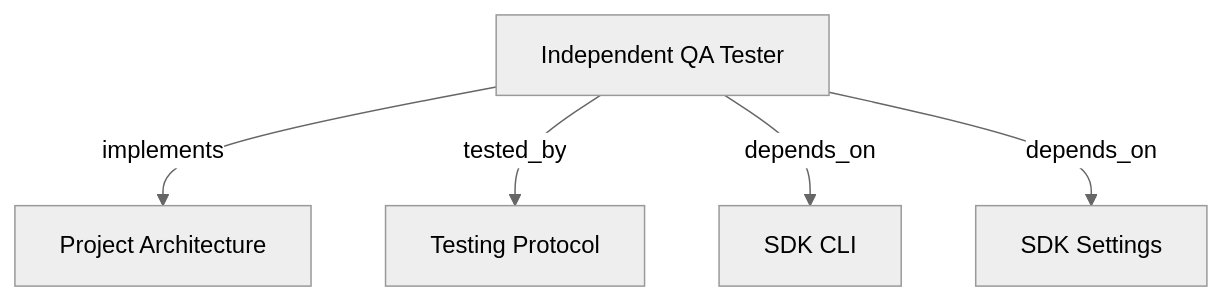
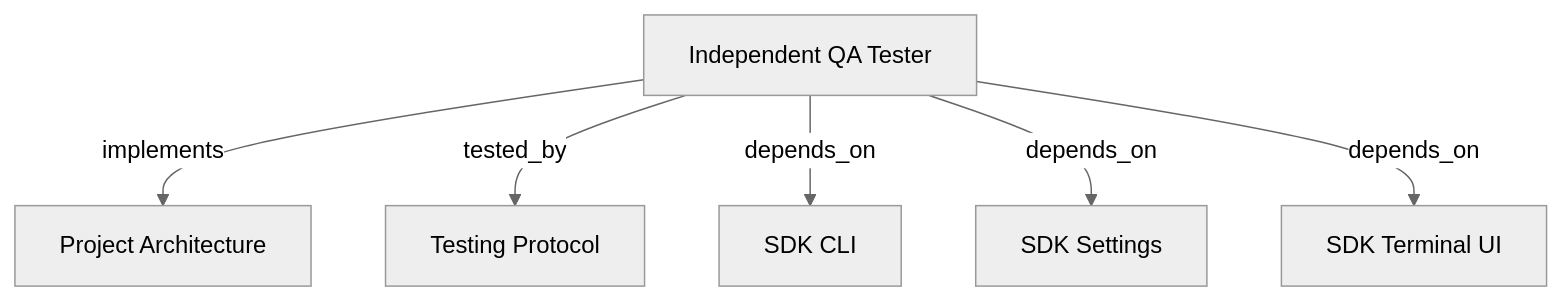
The diagram in sdk/docs/feature/QA_TESTER.md (romabeckman/harness-kit), drawn with Mermaid (neutral theme) before and after one commit. The commit also changed other lines of this file and 15 other files, not shown here.

````diff
--- a/sdk/docs/feature/QA_TESTER.md
+++ b/sdk/docs/feature/QA_TESTER.md
@@ -96,7 +111,8 @@
 ```mermaid
 graph TD
     QA["Independent QA Tester"] -->|implements| ARCH["Project Architecture"]
     QA -->|tested_by| TESTS["Testing Protocol"]
     QA -->|depends_on| CLI["SDK CLI"]
     QA -->|depends_on| SETTINGS["SDK Settings"]
+    QA -->|depends_on| TERMINAL["SDK Terminal UI"]
 ```
````
